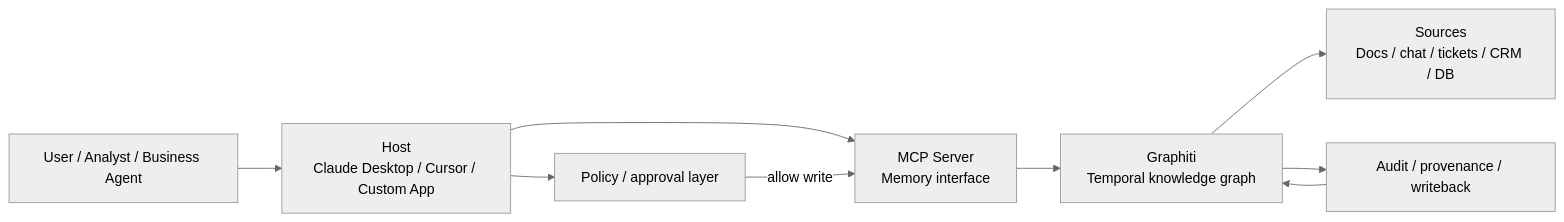
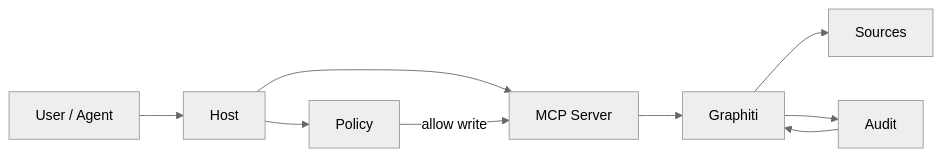
One commit to daylight55/research changed the first of 5 diagrams in src/content/blog/graphiti-mcp-memory.mdx. Above: the diagram before and after it, drawn with Mermaid (neutral theme). The commit also changed other lines of this file and 20 other files, not shown here.

Commit message:
Mermaid図の表示サイズを調整

````diff
--- a/src/content/blog/graphiti-mcp-memory.mdx
+++ b/src/content/blog/graphiti-mcp-memory.mdx
@@ -34,11 +34,11 @@
 ```mermaid
 flowchart LR
-  U["User / Analyst / Business Agent"] --> H["Host<br/>Claude Desktop / Cursor / Custom App"]
-  H --> M["MCP Server<br/>Memory interface"]
-  M --> G["Graphiti<br/>Temporal knowledge graph"]
-  G --> S["Sources<br/>Docs / chat / tickets / CRM / DB"]
-  G --> A["Audit / provenance / writeback"]
+  U["User / Agent"] --> H["Host"]
+  H --> M["MCP Server"]
+  M --> G["Graphiti"]
+  G --> S["Sources"]
+  G --> A["Audit"]
   A --> G
-  H --> P["Policy / approval layer"]
+  H --> P["Policy"]
   P -->|allow write| M
 ```
````
